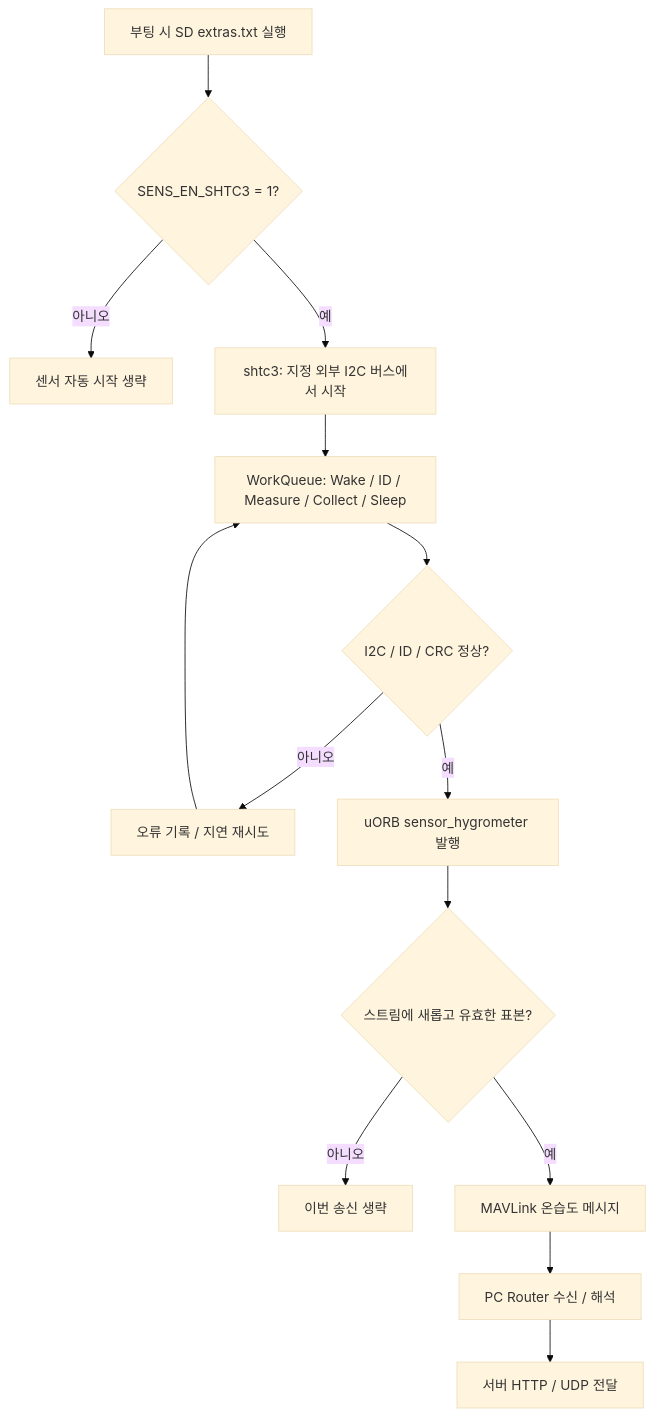
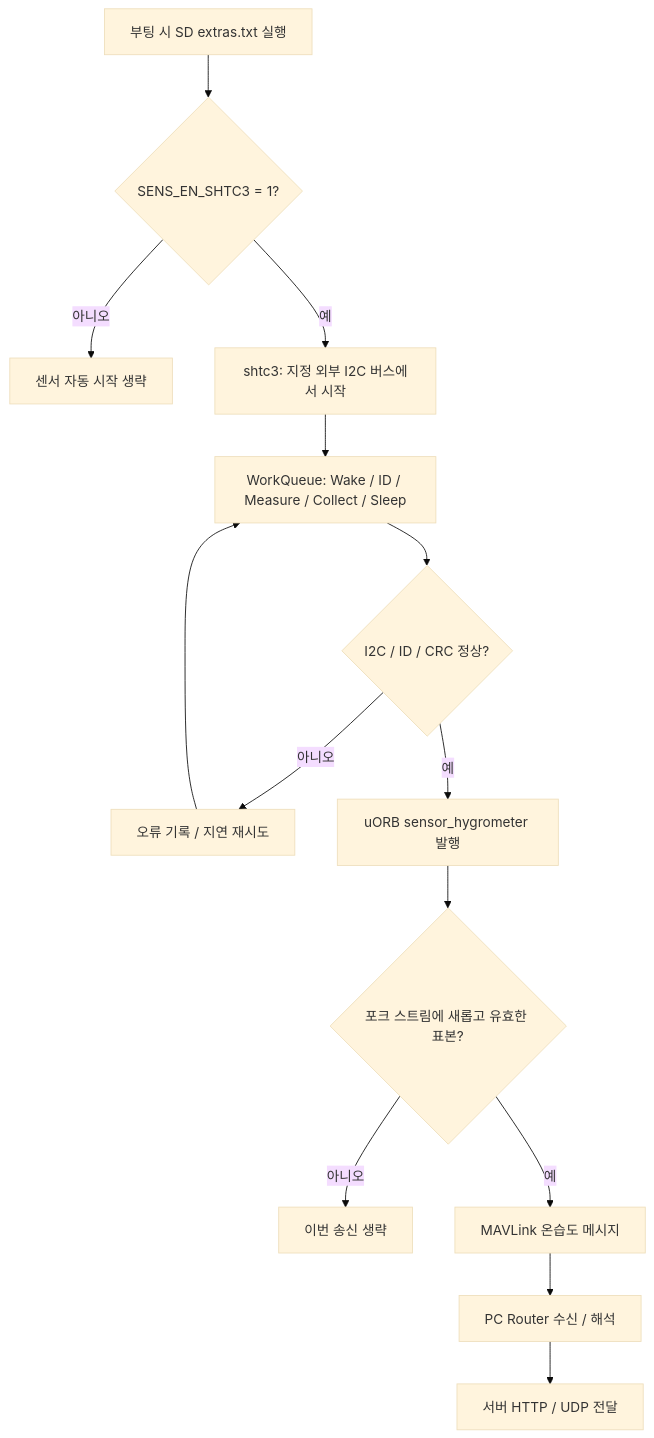
Before and after one commit to VIPSfef/HyRUS_EnvData_Px4: the second of 3 diagrams in docs/architecture.md, drawn with Mermaid (base theme). The commit also changed other lines of this file and 19 other files, not shown here.

````diff
--- a/docs/architecture.md
+++ b/docs/architecture.md
@@ -48,16 +59,16 @@
 ```mermaid
 flowchart TD
     S[부팅 시 SD extras.txt 실행] --> EN{SENS_EN_SHTC3 = 1?}
     EN -->|아니오| OFF[센서 자동 시작 생략]
     EN -->|예| START[shtc3: 지정 외부 I2C 버스에서 시작]
     START --> Q[WorkQueue: Wake / ID / Measure / Collect / Sleep]
     Q --> CRC{I2C / ID / CRC 정상?}
     CRC -->|아니오| RETRY[오류 기록 / 지연 재시도]
     RETRY --> Q
     CRC -->|예| U[uORB sensor_hygrometer 발행]
-    U --> NEW{스트림에 새롭고 유효한 표본?}
+    U --> NEW{포크 스트림에 새롭고 유효한 표본?}
     NEW -->|아니오| SKIP[이번 송신 생략]
     NEW -->|예| MAV[MAVLink 온습도 메시지]
     MAV --> ROUTER[PC Router 수신 / 해석]
     ROUTER --> API[서버 HTTP / UDP 전달]
 ```
````
